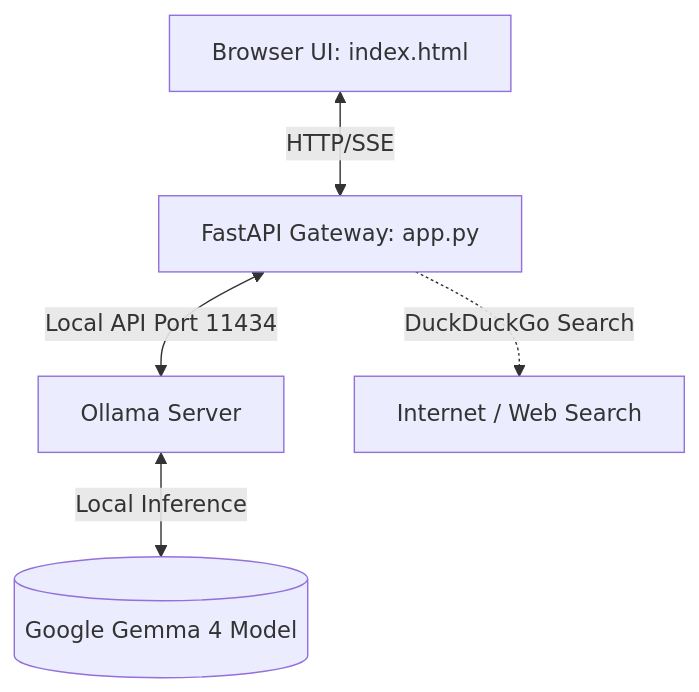
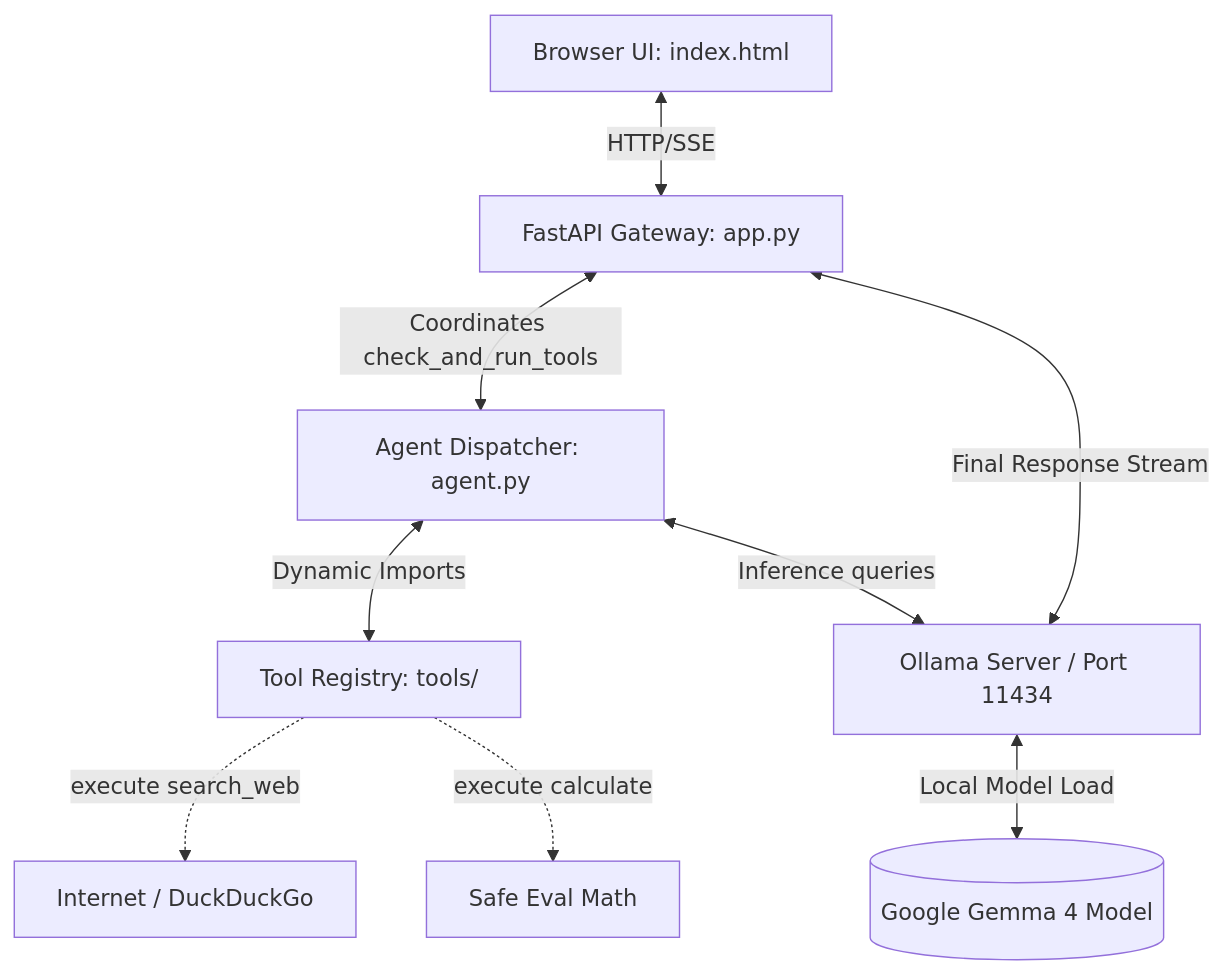
The first of 6 diagrams in README.md (vdonthireddy/ollama-gemma-agents), drawn with Mermaid before and after one commit.

Commit message:
Update README.md Data Flow Diagram to accurately map agent dispatcher and tool registry connections

````diff
--- a/README.md
+++ b/README.md
@@ -17,7 +17,11 @@
 ```mermaid
 graph TD
     Client[Browser UI: index.html] <-->|HTTP/SSE| Backend[FastAPI Gateway: app.py]
-    Backend <-->|Local API Port 11434| Ollama[Ollama Server]
-    Ollama <-->|Local Inference| Model[(Google Gemma 4 Model)]
-    Backend -.->|DuckDuckGo Search| Internet[Internet / Web Search]
+    Backend <-->|Coordinates check_and_run_tools| Agent[Agent Dispatcher: agent.py]
+    Agent <-->|Dynamic Imports| Tools[Tool Registry: tools/]
+    Tools -.->|execute search_web| Internet[Internet / DuckDuckGo]
+    Tools -.->|execute calculate| Math[Safe Eval Math]
+    Agent <-->|Inference queries| Ollama[Ollama Server / Port 11434]
+    Backend <-->|Final Response Stream| Ollama
+    Ollama <-->|Local Model Load| Model[(Google Gemma 4 Model)]
 ```
````
